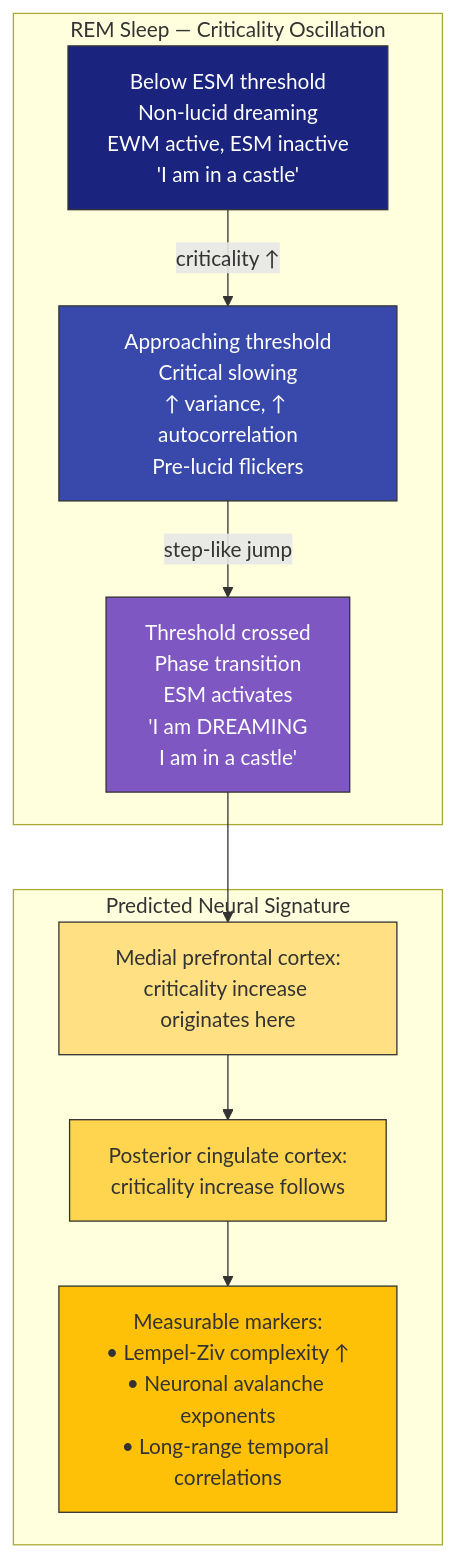
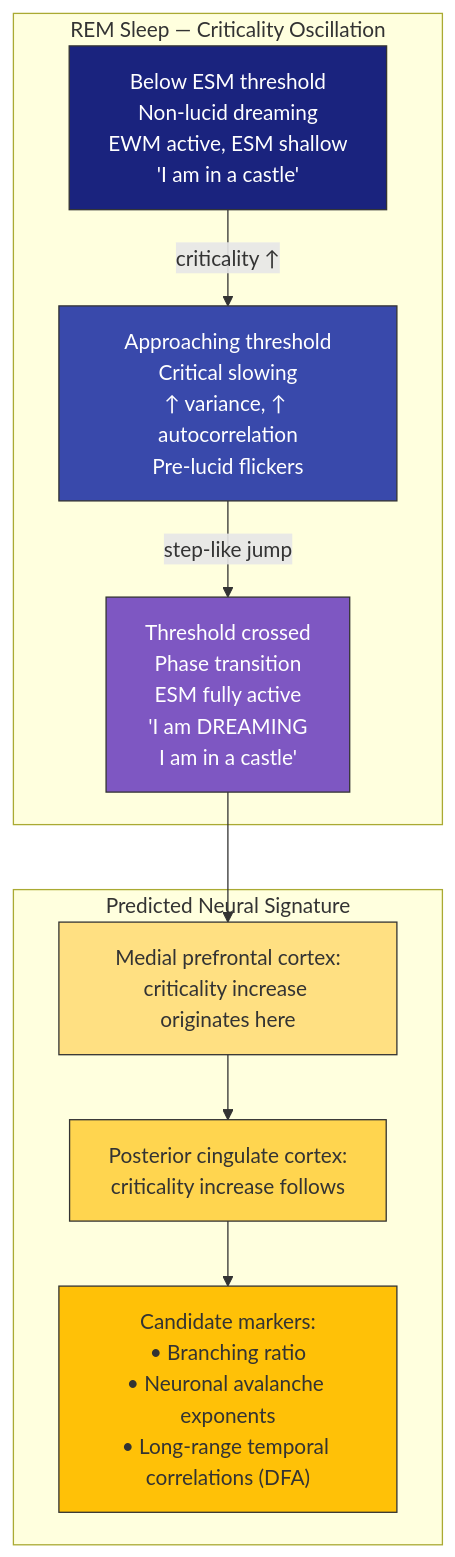
One commit to JeltzProstetnic/aIware changed the diagram in wiki/predictions/prediction-4-lucid-dreaming.md. Above: the diagram before and after it, drawn with Mermaid. The commit also changed other lines of this file and 124 other files, not shown here.

````diff
--- a/wiki/predictions/prediction-4-lucid-dreaming.md
+++ b/wiki/predictions/prediction-4-lucid-dreaming.md
@@ -25,28 +25,28 @@
 ```mermaid
 graph TB
     subgraph "REM Sleep — Criticality Oscillation"
-        LOW["Below ESM threshold\nNon-lucid dreaming\nEWM active, ESM inactive\n'I am in a castle'"]
+        LOW["Below ESM threshold\nNon-lucid dreaming\nEWM active, ESM shallow\n'I am in a castle'"]
         APPROACH["Approaching threshold\nCritical slowing\n↑ variance, ↑ autocorrelation\nPre-lucid flickers"]
-        CROSS["Threshold crossed\nPhase transition\nESM activates\n'I am DREAMING\nI am in a castle'"]
+        CROSS["Threshold crossed\nPhase transition\nESM fully active\n'I am DREAMING\nI am in a castle'"]
     end
 
     LOW -->|"criticality ↑"| APPROACH
     APPROACH -->|"step-like jump"| CROSS
 
     subgraph "Predicted Neural Signature"
         SIG_1["Medial prefrontal cortex:\ncriticality increase originates here"]
         SIG_2["Posterior cingulate cortex:\ncriticality increase follows"]
-        SIG_3["Measurable markers:\n• Lempel-Ziv complexity ↑\n• Neuronal avalanche exponents\n• Long-range temporal correlations"]
+        SIG_3["Candidate markers:\n• Branching ratio\n• Neuronal avalanche exponents\n• Long-range temporal correlations (DFA)"]
     end
 
     CROSS --> SIG_1
     SIG_1 --> SIG_2
     SIG_2 --> SIG_3
 
     style LOW fill:#1A237E,stroke:#333,color:#fff
     style APPROACH fill:#3949AB,stroke:#333,color:#fff
     style CROSS fill:#7E57C2,stroke:#333,color:#fff
     style SIG_1 fill:#FFE082,stroke:#333
     style SIG_2 fill:#FFD54F,stroke:#333
     style SIG_3 fill:#FFC107,stroke:#333
 ```
````
